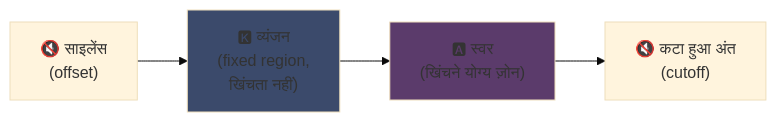
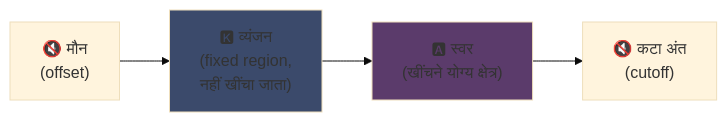
Before and after one commit to fox3000foxy/fox3000foxy.github.io: the first of 2 diagrams in public/articles/hi/utau.md, drawn with Mermaid (base theme). The commit also changed other lines of this file and 576 other files, not shown here.

````diff
--- a/public/articles/hi/utau.md
+++ b/public/articles/hi/utau.md
@@ -81,8 +81,8 @@
 ```mermaid
 flowchart LR
-    A["🔇 साइलेंस<br/>(offset)"] --> B["🅺 व्यंजन<br/>(fixed region,<br/>खिंचता नहीं)"]
-    B --> C["🅰 स्वर<br/>(खिंचने योग्य ज़ोन)"]
-    C --> D["🔇 कटा हुआ अंत<br/>(cutoff)"]
+    A["🔇 मौन<br/>(offset)"] --> B["🅺 व्यंजन<br/>(fixed region,<br/>नहीं खींचा जाता)"]
+    B --> C["🅰 स्वर<br/>(खींचने योग्य क्षेत्र)"]
+    C --> D["🔇 कटा अंत<br/>(cutoff)"]
     style B fill:#3b4a6b
     style C fill:#5b3b6b
 ```
````
